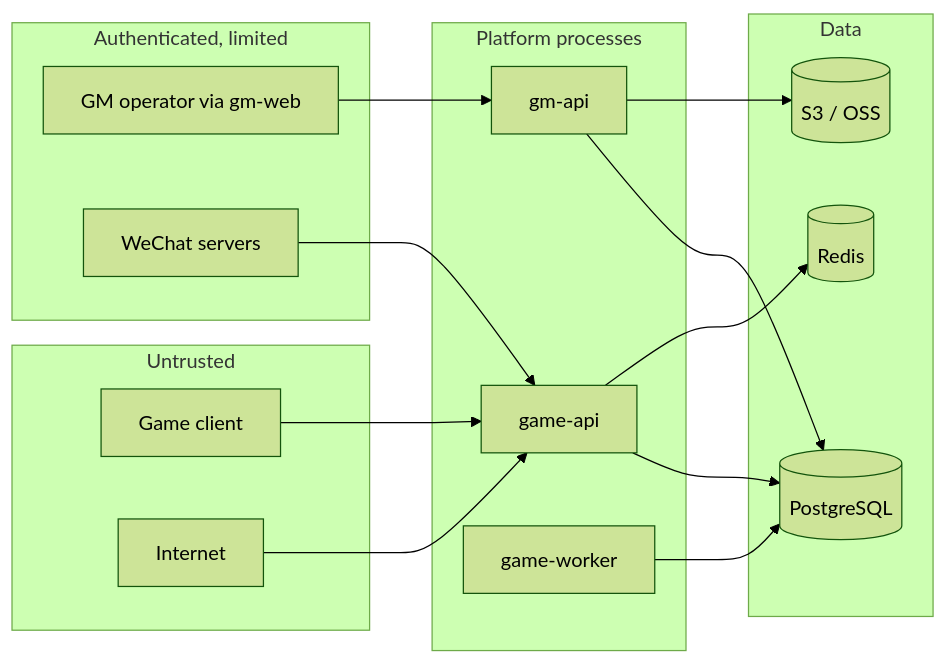
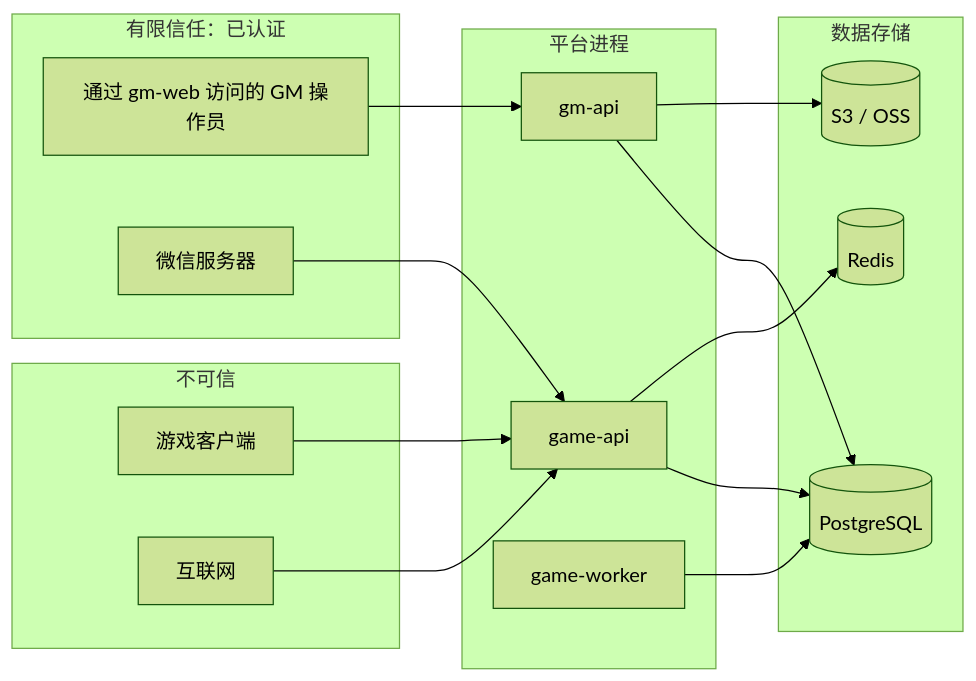
The diagram in docs/security/threat-model.md (Sakuya1998/game-platform), drawn with Mermaid (forest theme) before and after one commit. The commit also changed other lines of this file and 35 other files, not shown here.

````diff
--- a/docs/security/threat-model.md
+++ b/docs/security/threat-model.md
@@ -35,30 +35,30 @@
 ```mermaid
 flowchart LR
-  subgraph Untrusted
-    Client[Game client]
-    Net[Internet]
+  subgraph Untrusted[不可信]
+    Client[游戏客户端]
+    Net[互联网]
   end
-  subgraph SemiTrusted["Authenticated, limited"]
-    GMUser[GM operator via gm-web]
-    Platform[WeChat servers]
+  subgraph SemiTrusted[有限信任：已认证]
+    GMUser[通过 gm-web 访问的 GM 操作员]
+    Platform[微信服务器]
   end
-  subgraph Trusted["Platform processes"]
+  subgraph Trusted[平台进程]
     GameAPI[game-api]
     GMAPI[gm-api]
     Worker[game-worker]
   end
-  subgraph Data
+  subgraph Data[数据存储]
     PG[(PostgreSQL)]
     Redis[(Redis)]
     S3[(S3 / OSS)]
   end
   Client --> GameAPI
   Net --> GameAPI
   GMUser --> GMAPI
   Platform --> GameAPI
   GameAPI --> PG
   GMAPI --> PG
   Worker --> PG
   GameAPI --> Redis
   GMAPI --> S3
 ```
````
